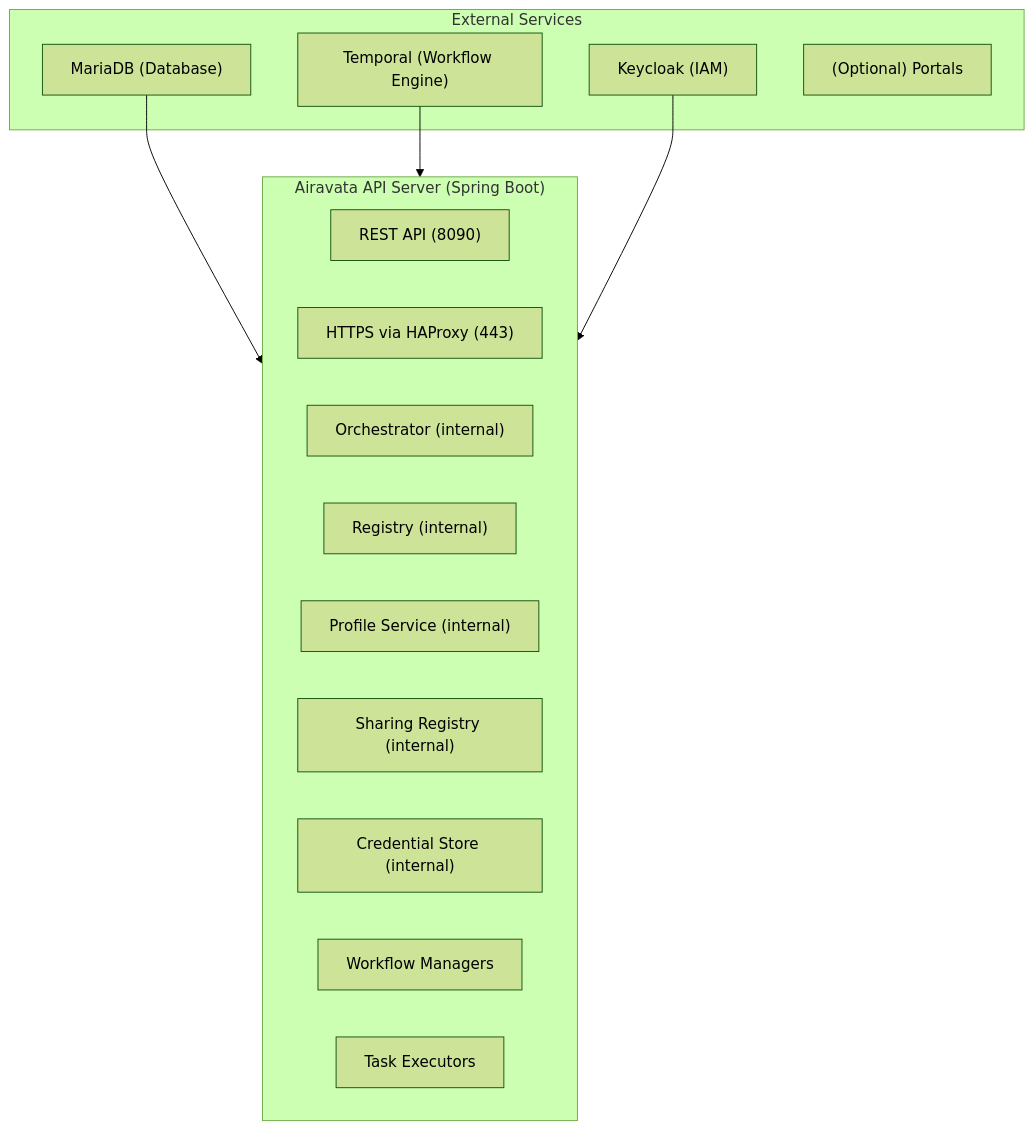
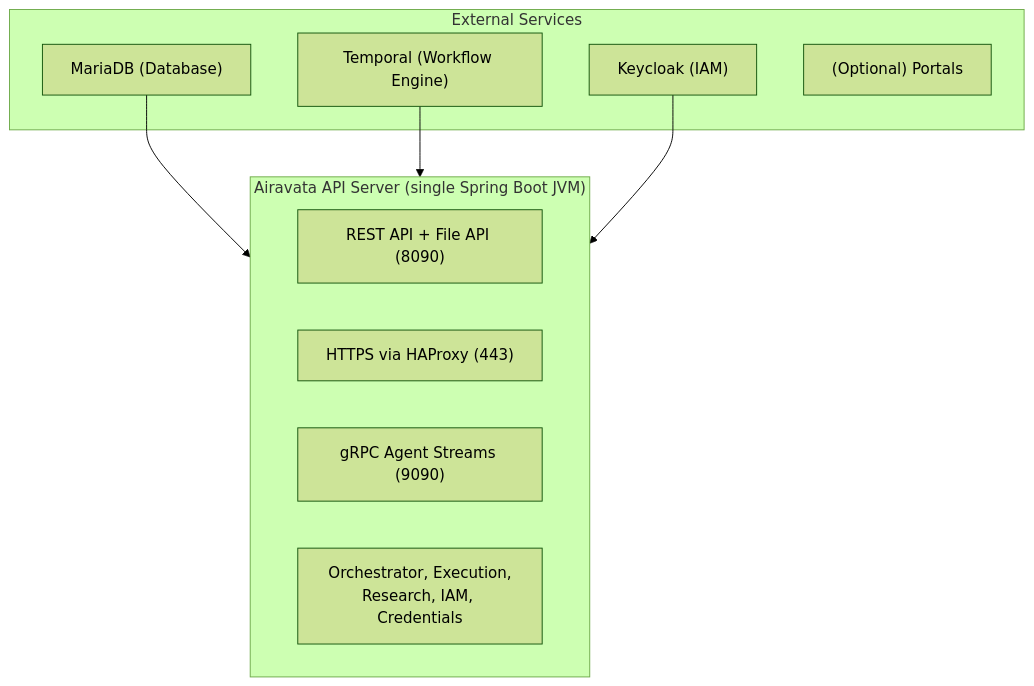
Before and after one commit to apache/airavata: the diagram in dev-tools/ansible/README.md, drawn with Mermaid (forest theme). The commit also changed other lines of this file and 434 other files, not shown here.

First line of the commit message:
Refactor REST API Controllers and Exception Handling

````diff
--- a/dev-tools/ansible/README.md
+++ b/dev-tools/ansible/README.md
@@ -11,25 +11,20 @@
 ```mermaid
 flowchart TB
     subgraph External["External Services"]
         MariaDB["MariaDB (Database)"]
         Temporal["Temporal (Workflow Engine)"]
         Keycloak["Keycloak (IAM)"]
         Portals["(Optional) Portals"]
     end
 
-    subgraph Server["Airavata API Server (Spring Boot)"]
-        REST["REST API (8090)"]
+    subgraph Server["Airavata API Server (single Spring Boot JVM)"]
+        REST["REST API + File API (8090)"]
         HTTPS["HTTPS via HAProxy (443)"]
-        Orch["Orchestrator (internal)"]
-        Reg["Registry (internal)"]
-        Profile["Profile Service (internal)"]
-        Sharing["Sharing Registry (internal)"]
-        Cred["Credential Store (internal)"]
-        WF["Workflow Managers"]
-        Exec["Task Executors"]
+        gRPC["gRPC Agent Streams (9090)"]
+        Internal["Orchestrator, Execution,<br/>Research, IAM, Credentials"]
     end
 
     MariaDB --> Server
     Temporal --> Server
     Keycloak --> Server
 ```
````
